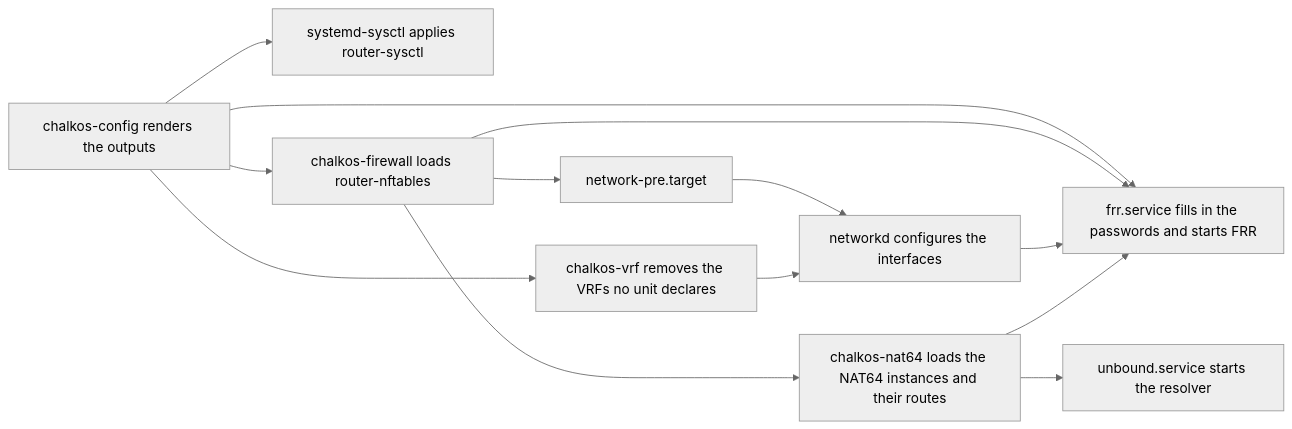
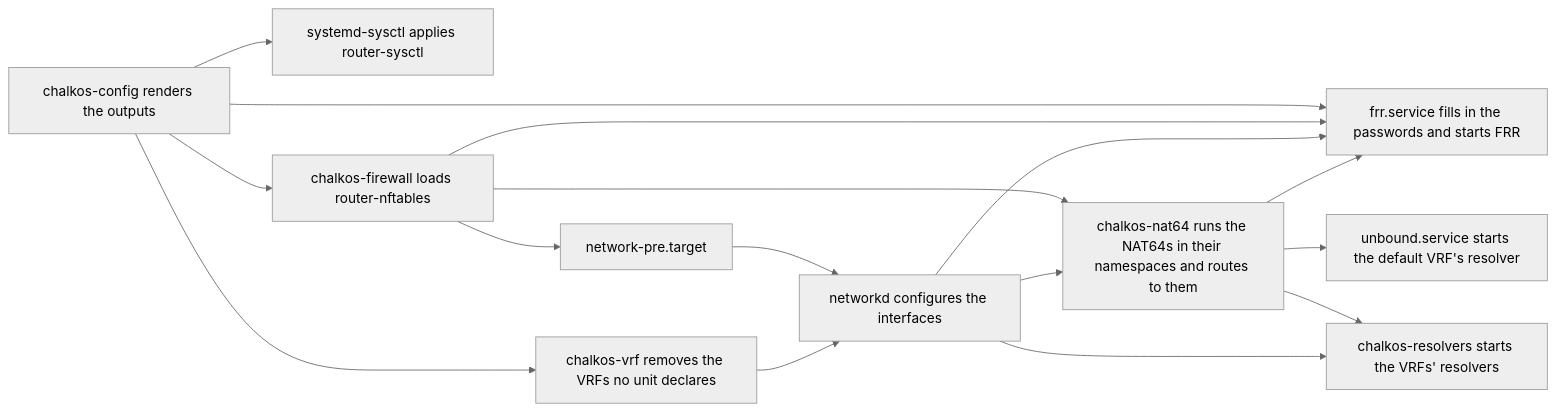
One commit to trevex/chalkos changed the diagram in docs/how-it-works/router/overview.md. Above: the diagram before and after it, drawn with Mermaid (neutral theme). The commit also changed other lines of this file and 8 other files, not shown here.

````diff
--- a/docs/how-it-works/router/overview.md
+++ b/docs/how-it-works/router/overview.md
@@ -88,15 +88,18 @@
 ```mermaid
 flowchart LR
     config["chalkos-config renders the outputs"] --> sysctl["systemd-sysctl applies router-sysctl"]
     config --> firewall["chalkos-firewall loads router-nftables"]
     firewall --> pre["network-pre.target"]
     pre --> networkd["networkd configures the interfaces"]
     config --> vrf["chalkos-vrf removes the VRFs no unit declares"]
     vrf --> networkd
     config --> frr["frr.service fills in the passwords and starts FRR"]
     firewall --> frr
     networkd --> frr
-    firewall --> nat64["chalkos-nat64 loads the NAT64 instances and their routes"]
+    firewall --> nat64["chalkos-nat64 runs the NAT64s in their namespaces and routes to them"]
+    networkd --> nat64
     nat64 --> frr
-    nat64 --> unbound["unbound.service starts the resolver"]
+    nat64 --> unbound["unbound.service starts the default VRF's resolver"]
+    nat64 --> resolvers["chalkos-resolvers starts the VRFs' resolvers"]
+    networkd --> resolvers
 ```
````
